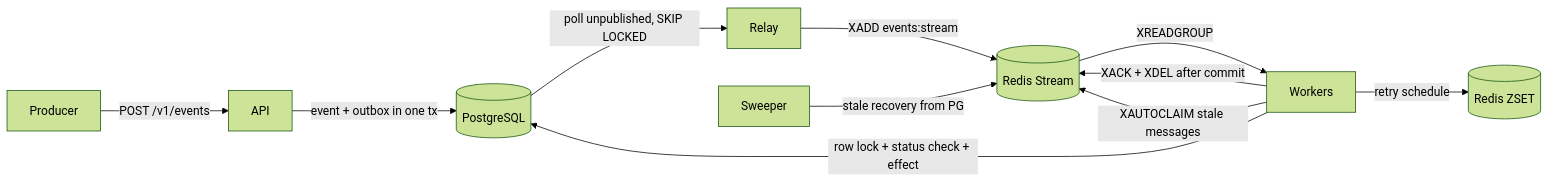
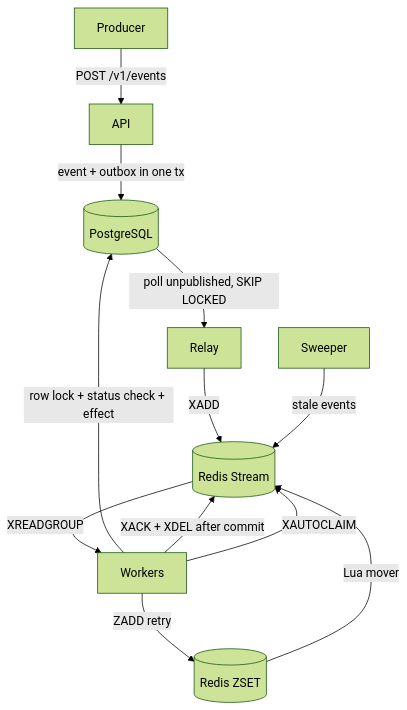
One commit to morningstar0521/Idempotent-Event-Processor changed the diagram in README.md. Above: the diagram before and after it, drawn with Mermaid (forest theme). The commit also changed other lines of this file, not shown here.

Commit message:
docs(readme): clarify chaos metrics and diagram

````diff
--- a/README.md
+++ b/README.md
@@ -60,13 +60,14 @@
 ```mermaid
-flowchart LR
+flowchart TD
   P[Producer] -->|POST /v1/events| API
   API -->|event + outbox in one tx| PG[(PostgreSQL)]
   PG -->|poll unpublished, SKIP LOCKED| R[Relay]
-  R -->|XADD events:stream| RS[(Redis Stream)]
+  R -->|XADD| RS[(Redis Stream)]
   RS -->|XREADGROUP| W[Workers]
   W -->|row lock + status check + effect| PG
-  W -->|retry schedule| Z[(Redis ZSET)]
+  W -->|ZADD retry| Z[(Redis ZSET)]
+  Z -->|Lua mover| RS
   W -->|XACK + XDEL after commit| RS
-  SW[Sweeper] -->|stale recovery from PG| RS
-  W -->|XAUTOCLAIM stale messages| RS
+  SW[Sweeper] -->|stale events| RS
+  W -->|XAUTOCLAIM| RS
 ```
````
